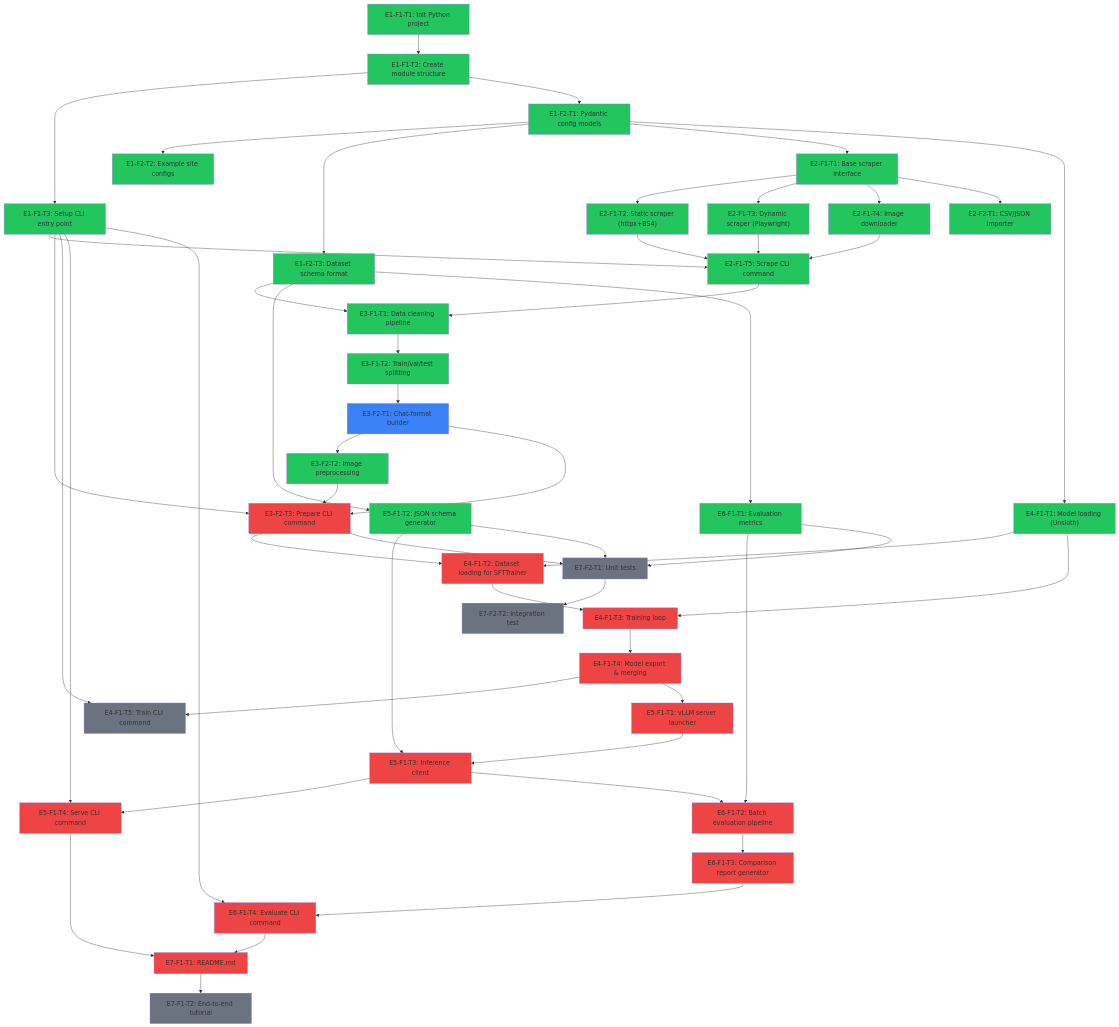
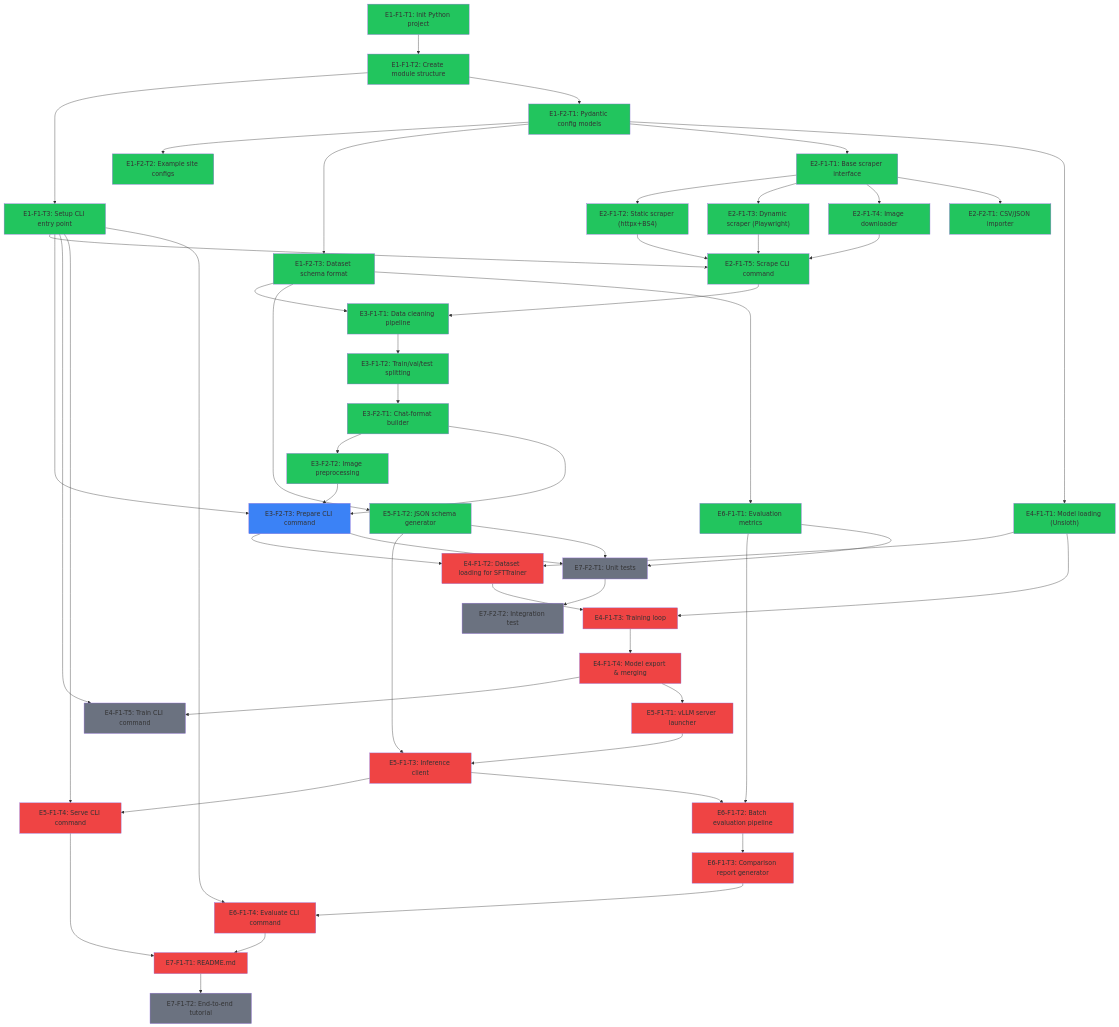
The diagram in ROADMAP.md (Vutiot/ArticleTagging), drawn with Mermaid before and after one commit. The commit also changed other lines of this file and 1 other file, not shown here.

Commit message:
E3-F2-T1: Implement chat-format conversation builder
- build_system_prompt(): static per schema for vLLM prefix caching
- format_record(): multimodal (image+text) or text-only user messages
- format_dataset(): batch conversion with shared system prompt
- Assistant content contains only schema-defined attributes as JSON
- Follows exact format from leboncoin article

```diff
--- a/ROADMAP.md
+++ b/ROADMAP.md
@@ -135,12 +135,12 @@
 
   style E3F1T1 fill:#22c55e
   style E3F1T2 fill:#22c55e
+  style E3F2T1 fill:#22c55e
 
   %% Ready (blue) — all blockers resolved
-  style E3F2T1 fill:#3b82f6
+  style E3F2T3 fill:#3b82f6
 
   %% Critical path remaining (red)
-  style E3F2T3 fill:#ef4444
   style E4F1T2 fill:#ef4444
   style E4F1T3 fill:#ef4444
   style E4F1T4 fill:#ef4444
```
